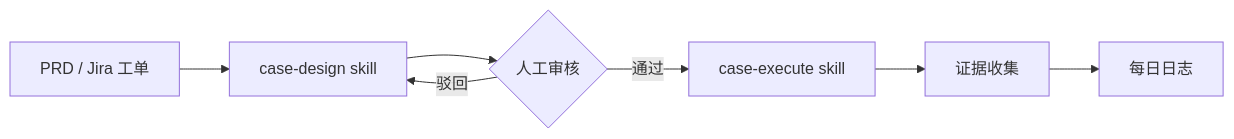
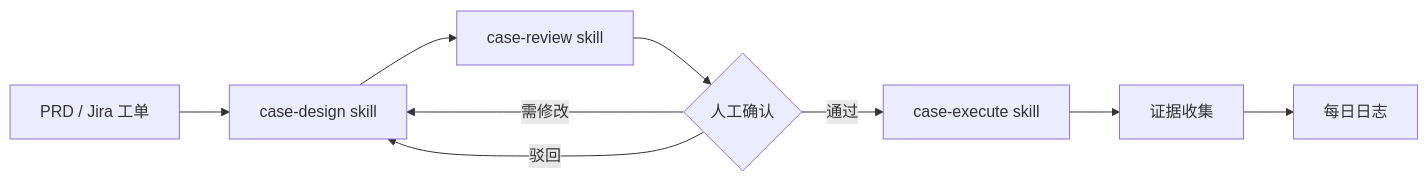
One commit to WilliamMunster/testcase-os changed the first of 3 diagrams in README.zh-CN.md. Above: the diagram before and after it, drawn with Mermaid. The commit also changed other lines of this file and 2 other files, not shown here.

First line of the commit message:
docs: update workflow diagrams and add AI review config section

````diff
--- a/README.zh-CN.md
+++ b/README.zh-CN.md
@@ -23,9 +23,11 @@
 ```mermaid
 graph LR
     PRD[PRD / Jira 工单] --> CD[case-design skill]
-    CD --> REV{人工审核}
+    CD --> CR[case-review skill]
+    CR --> REV{人工确认}
     REV -- 通过 --> EXE[case-execute skill]
+    REV -- 需修改 --> CD
     REV -- 驳回 --> CD
     EXE --> EVI[证据收集]
     EVI --> JOU[每日日志]
 ```
````
